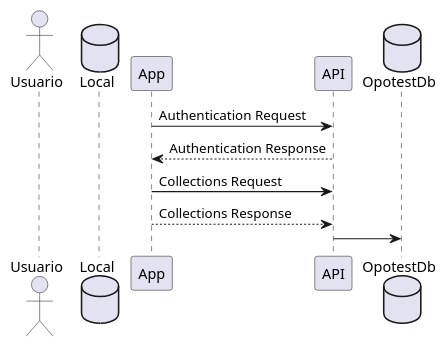
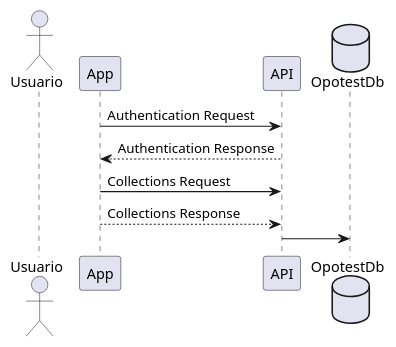
One commit to Joselon/ProyectoOpoTest changed the diagram in doc/planteamiento_secuencia.puml. Above: the diagram before and after it, drawn with PlantUML. The commit also changed 9 other files, not shown here.

```diff
--- a/doc/planteamiento_secuencia.puml
+++ b/doc/planteamiento_secuencia.puml
@@ -2,15 +2,14 @@
 @startuml OpoTestPlanteamiento
 actor Usuario
 
-database Local
 App -> API: Authentication Request
 API --> App: Authentication Response
 
 App -> API: Collections Request
 API <-- App: Collections Response
 
 database OpotestDb
 
 API -> OpotestDb
 
 @enduml
```
